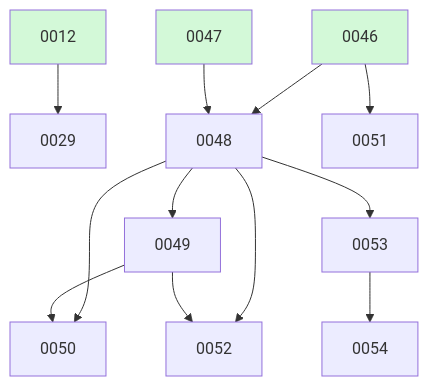
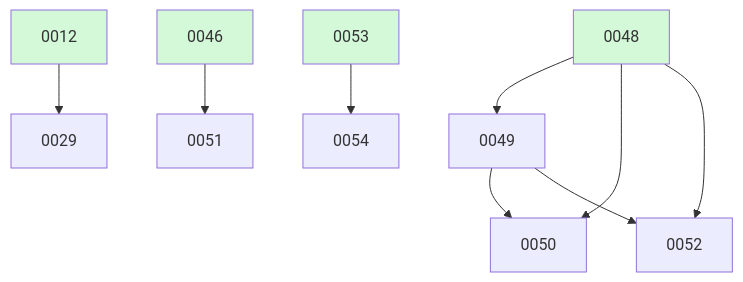
Before and after one commit to ethanhinson/fuse: the diagram in docs/changes/BOARD.md, drawn with Mermaid. The commit also changed other lines of this file, not shown here.

````diff
--- a/docs/changes/BOARD.md
+++ b/docs/changes/BOARD.md
@@ -28,18 +21,16 @@
 ```mermaid
 graph TD
   0012 --> 0029
-  0046 --> 0048
-  0047 --> 0048
   0048 --> 0049
   0048 --> 0050
   0049 --> 0050
   0046 --> 0051
   0048 --> 0052
   0049 --> 0052
-  0048 --> 0053
   0053 --> 0054
   0012:::done
   0046:::done
-  0047:::done
+  0048:::done
+  0053:::done
   classDef done fill:#d3f9d8;
 ```
````
